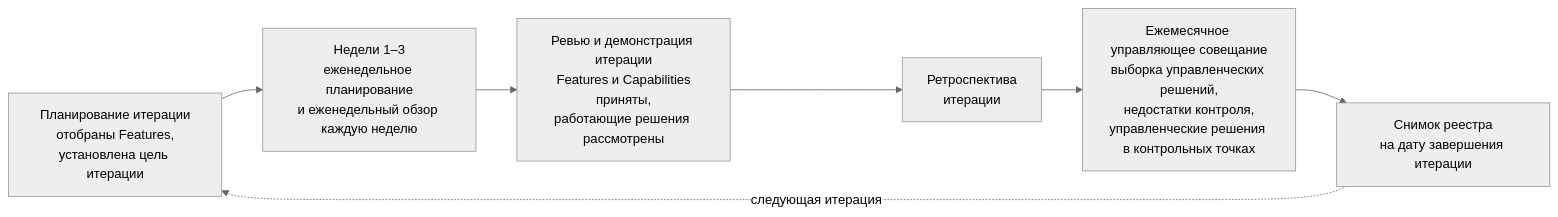
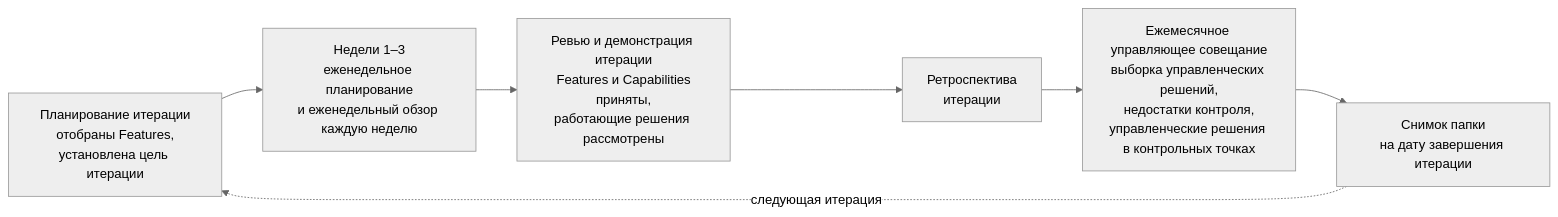
The third of 4 diagrams in charter/ru/guides/cadence-guide.md (devhogu/ob-aicc), drawn with Mermaid (neutral theme) before and after one commit. The commit also changed other lines of this file and 370 other files, not shown here.

````diff
--- a/charter/ru/guides/cadence-guide.md
+++ b/charter/ru/guides/cadence-guide.md
@@ -86,9 +86,9 @@
 ```mermaid
 flowchart LR
   IP["Планирование итерации<br/>отобраны Features,<br/>установлена цель итерации"] --> WK["Недели 1–3<br/>еженедельное планирование<br/>и еженедельный обзор каждую неделю"]
   WK --> RD["Ревью и демонстрация итерации<br/>Features и Capabilities<br/>приняты,<br/>работающие решения рассмотрены"]
   RD --> RT["Ретроспектива<br/>итерации"]
   RT --> MS["Ежемесячное управляющее совещание<br/>выборка управленческих решений,<br/>недостатки контроля,<br/>управленческие решения в контрольных точках"]
-  MS --> SN["Снимок реестра<br/>на дату завершения итерации"]
+  MS --> SN["Снимок папки<br/>на дату завершения итерации"]
   SN -.->|"следующая итерация"| IP
 ```
````
